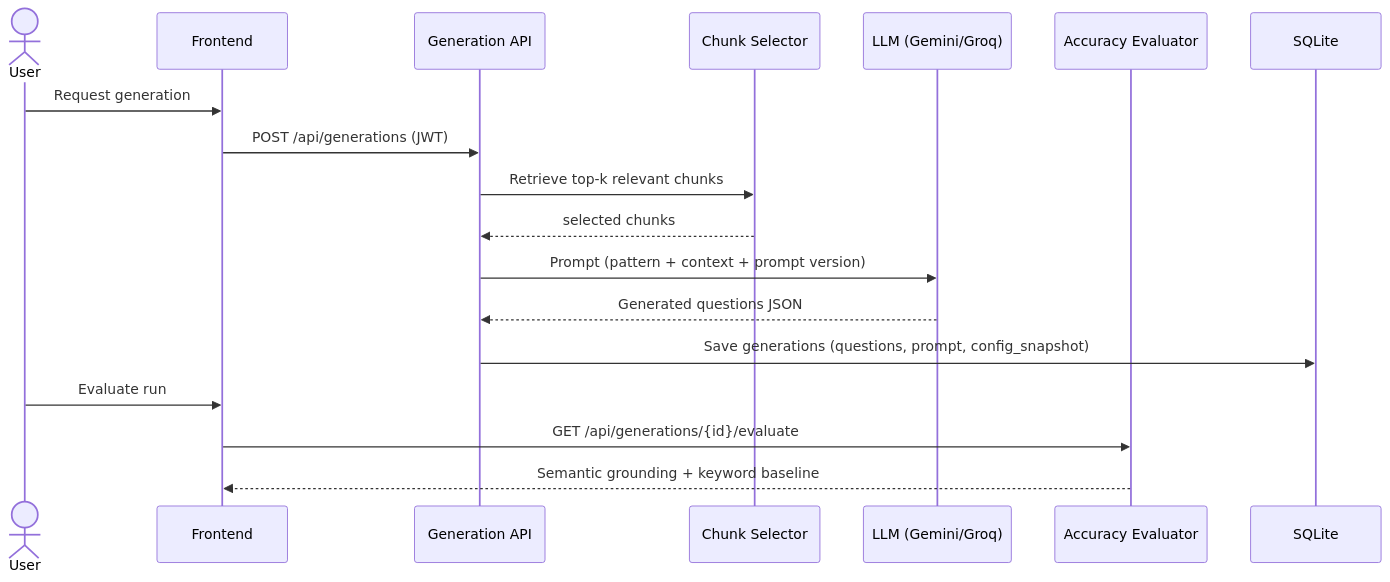
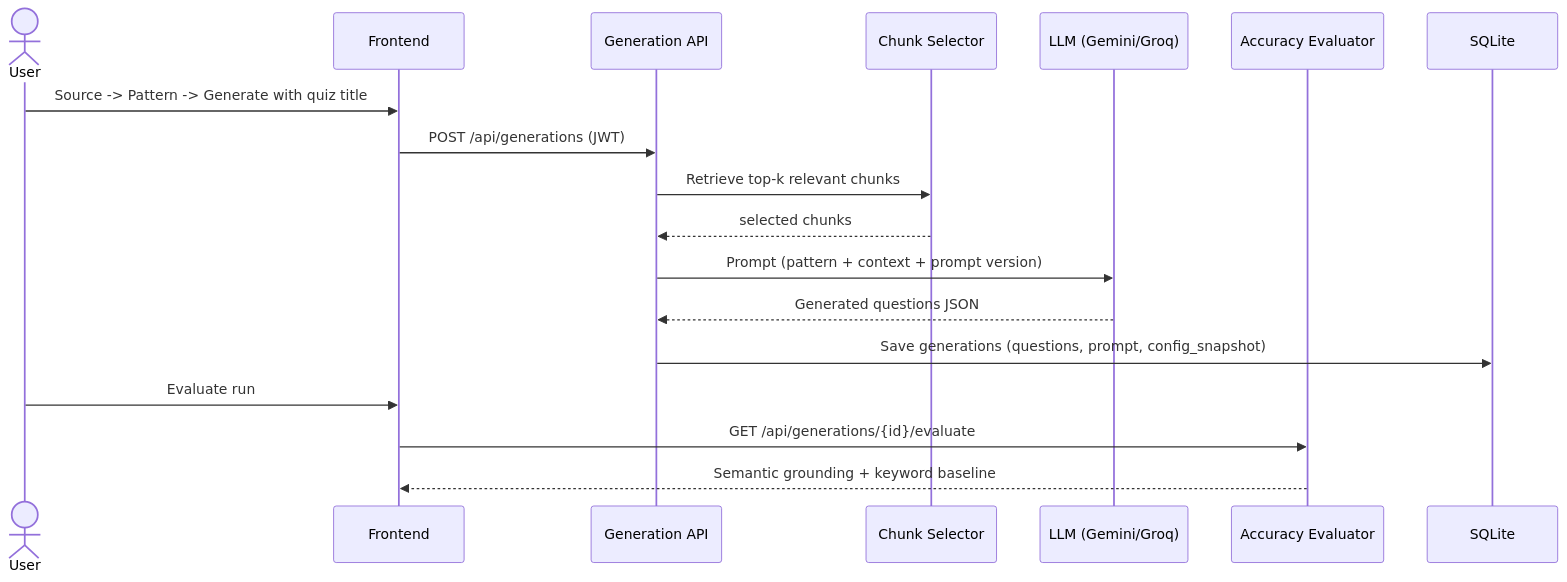
Before and after one commit to quagghyyIU/Thesis-MCQ-Quiz-Gen: the third of 4 diagrams in doc/thesis/architecture.md, drawn with Mermaid. The commit also changed other lines of this file and 47 other files, not shown here.

````diff
--- a/doc/thesis/architecture.md
+++ b/doc/thesis/architecture.md
@@ -52,21 +52,21 @@
 ```mermaid
 sequenceDiagram
     actor U as User
     participant F as Frontend
     participant G as Generation API
     participant R as Chunk Selector
     participant L as LLM (Gemini/Groq)
     participant EV as Accuracy Evaluator
     participant DB as SQLite
 
-    U->>F: Request generation
+    U->>F: Source -> Pattern -> Generate with quiz title
     F->>G: POST /api/generations (JWT)
     G->>R: Retrieve top-k relevant chunks
     R-->>G: selected chunks
     G->>L: Prompt (pattern + context + prompt version)
     L-->>G: Generated questions JSON
     G->>DB: Save generations (questions, prompt, config_snapshot)
     U->>F: Evaluate run
     F->>EV: GET /api/generations/{id}/evaluate
     EV-->>F: Semantic grounding + keyword baseline
 ```
````
